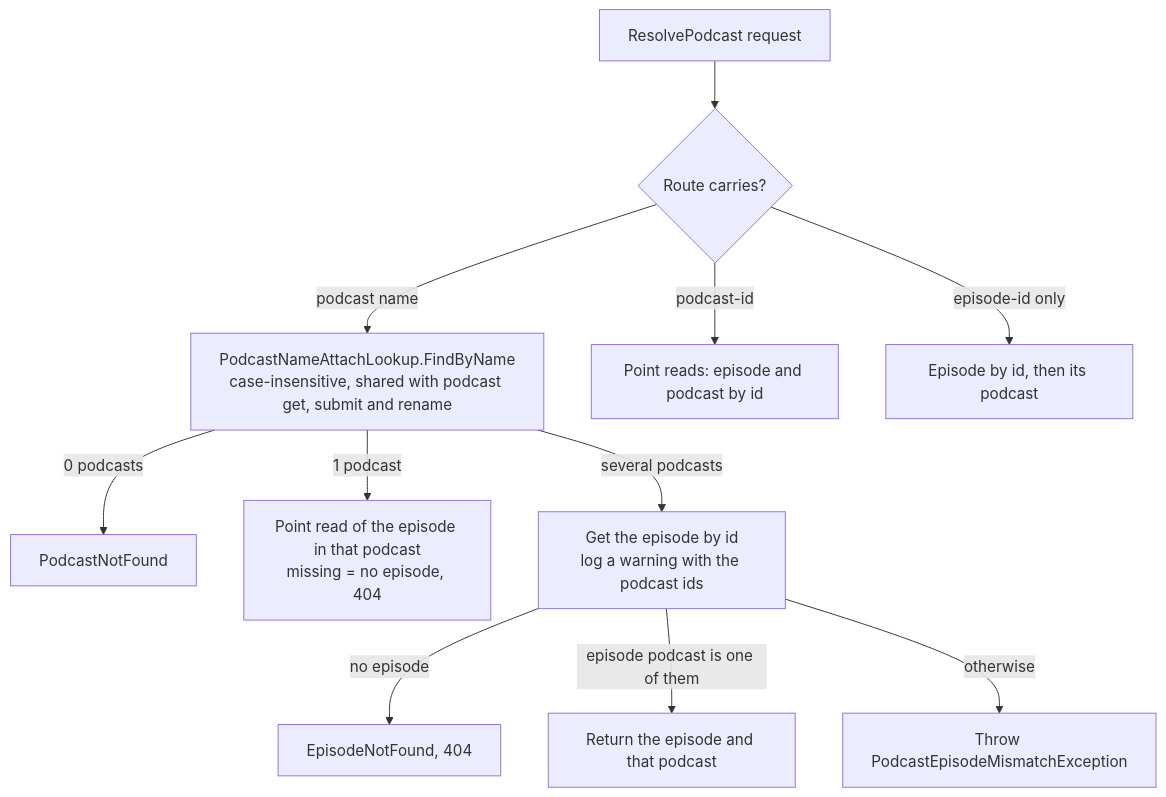
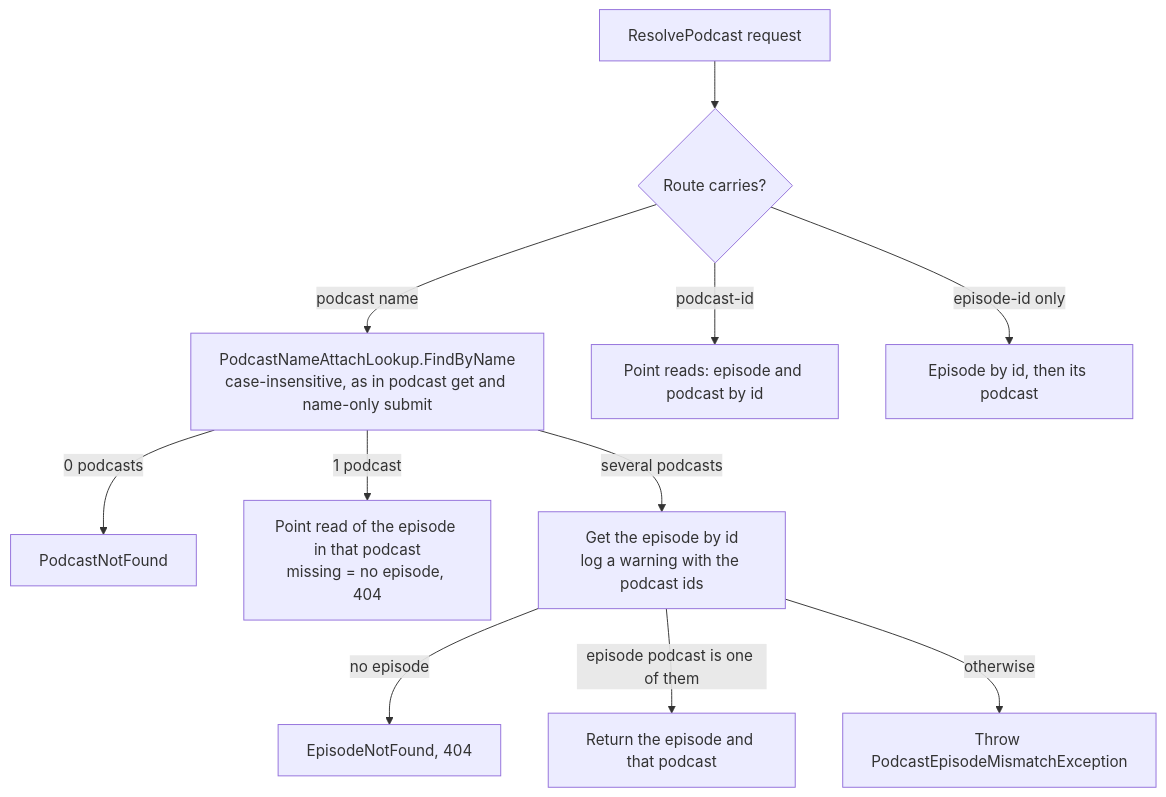
The second of 2 diagrams in Cloud/Api/architecture.md (cultpodcasts/RedditPodcastPoster), drawn with Mermaid before and after one commit. The commit also changed other lines of this file, not shown here.

Commit message:
docs(api): say rename applies the case-insensitive name rule inline
The resolver section of architecture.md listed rename among the routes that call the shared
PodcastNameAttachLookup.FindByName. PodcastRenameService applies the same rule inline.

````diff
--- a/Cloud/Api/architecture.md
+++ b/Cloud/Api/architecture.md
@@ -79,13 +79,13 @@
 ```mermaid
 flowchart TD
     R[ResolvePodcast request] --> N{Route carries?}
-    N -- podcast name --> L[PodcastNameAttachLookup.FindByName<br/>case-insensitive, shared with podcast get, submit and rename]
+    N -- podcast name --> L[PodcastNameAttachLookup.FindByName<br/>case-insensitive, as in podcast get and name-only submit]
     N -- podcast-id --> P[Point reads: episode and podcast by id]
     N -- episode-id only --> I[Episode by id, then its podcast]
     L -- 0 podcasts --> PNF[PodcastNotFound]
     L -- 1 podcast --> U[Point read of the episode in that podcast<br/>missing = no episode, 404]
     L -- several podcasts --> C[Get the episode by id<br/>log a warning with the podcast ids]
     C -- no episode --> ENF[EpisodeNotFound, 404]
     C -- episode podcast is one of them --> OK[Return the episode and that podcast]
     C -- otherwise --> X[Throw PodcastEpisodeMismatchException]
 ```
````
